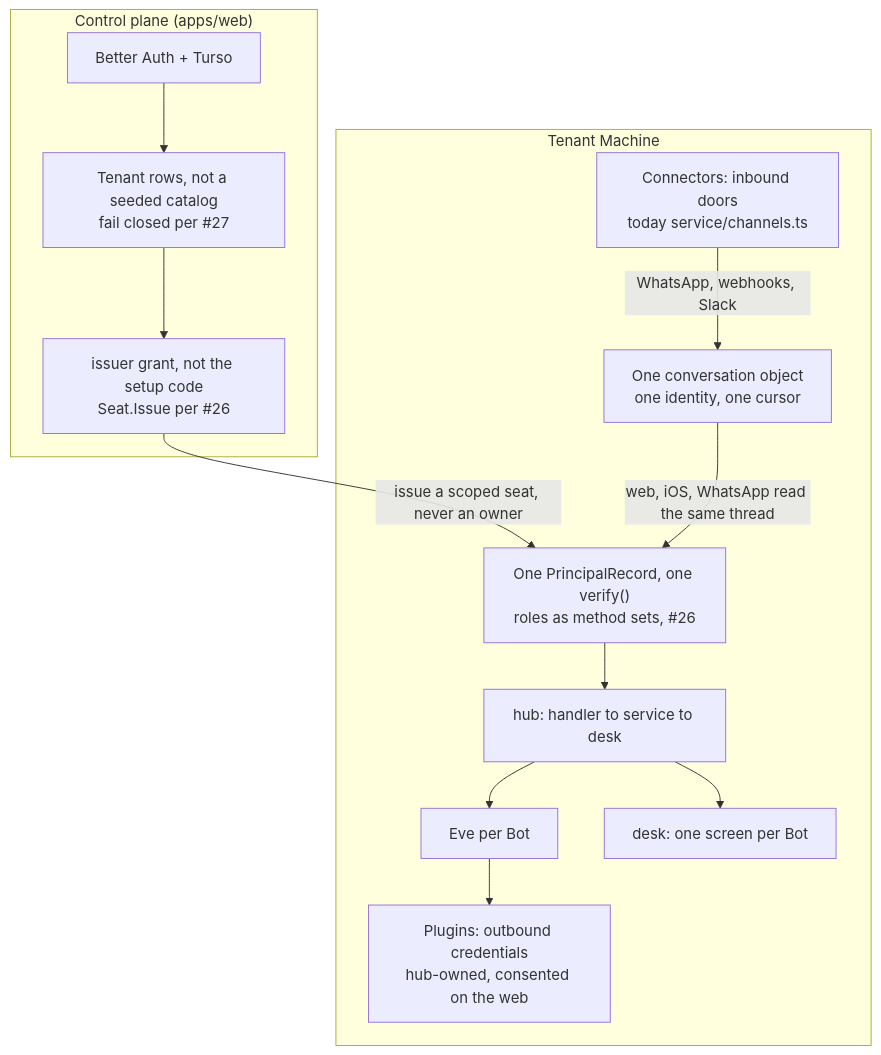
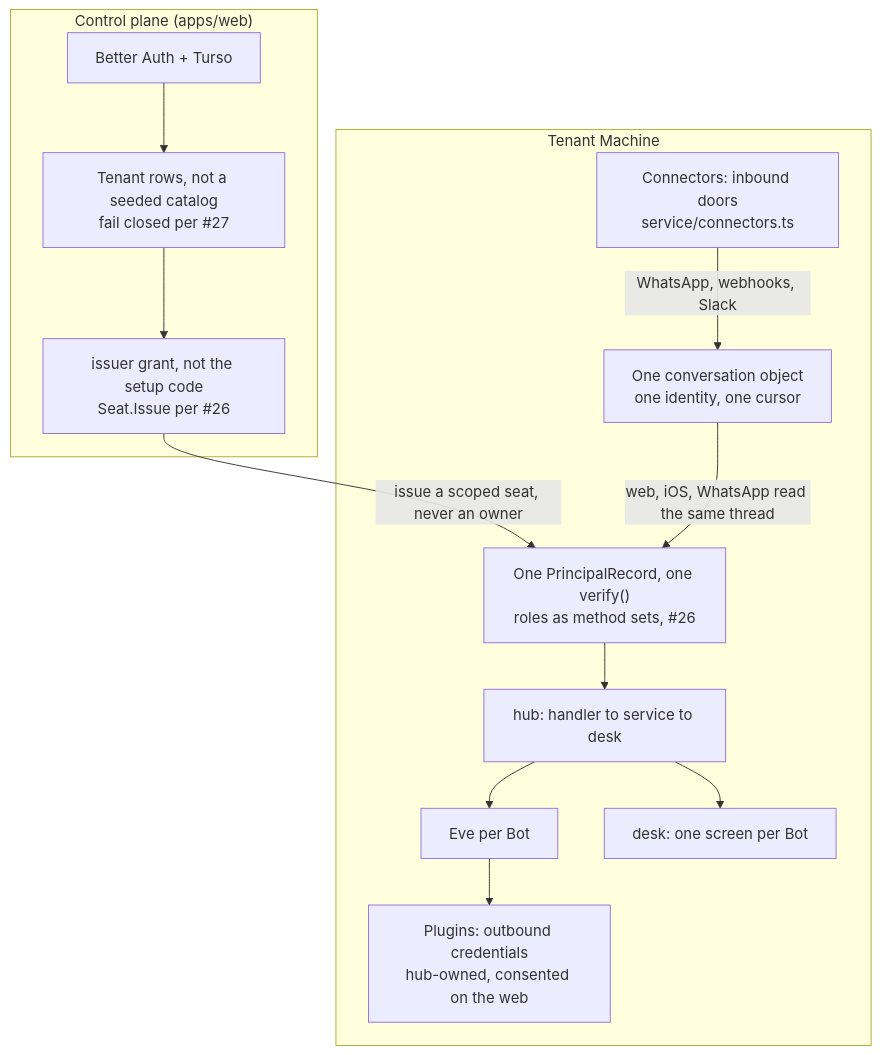
Before and after one commit to mblode/expert: the second of 2 diagrams in docs/ARCHITECTURE.md, drawn with Mermaid. The commit also changed other lines of this file and 64 other files, not shown here.

````diff
--- a/docs/ARCHITECTURE.md
+++ b/docs/ARCHITECTURE.md
@@ -153,28 +161,28 @@
 ```mermaid
 flowchart TB
   subgraph control["Control plane (apps/web)"]
     idp["Better Auth + Turso"]
     tenants["Tenant rows, not a seeded catalog<br/>fail closed per #27"]
     issuer["issuer grant, not the setup code<br/>Seat.Issue per #26"]
   end
 
   subgraph machine["Tenant Machine"]
     principals["One PrincipalRecord, one verify()<br/>roles as method sets, #26"]
     convo["One conversation object<br/>one identity, one cursor"]
-    connectors["Connectors: inbound doors<br/>today service/channels.ts"]
+    connectors["Connectors: inbound doors<br/>service/connectors.ts"]
     plugins["Plugins: outbound credentials<br/>hub-owned, consented on the web"]
     hub2["hub: handler to service to desk"]
     eve2["Eve per Bot"]
     desk2["desk: one screen per Bot"]
   end
 
   idp --> tenants
   tenants --> issuer
   issuer -->|"issue a scoped seat, never an owner"| principals
   principals --> hub2
   connectors -->|"WhatsApp, webhooks, Slack"| convo
   convo -->|"web, iOS, WhatsApp read the same thread"| principals
   hub2 --> eve2
   eve2 --> plugins
   hub2 --> desk2
 ```
````
